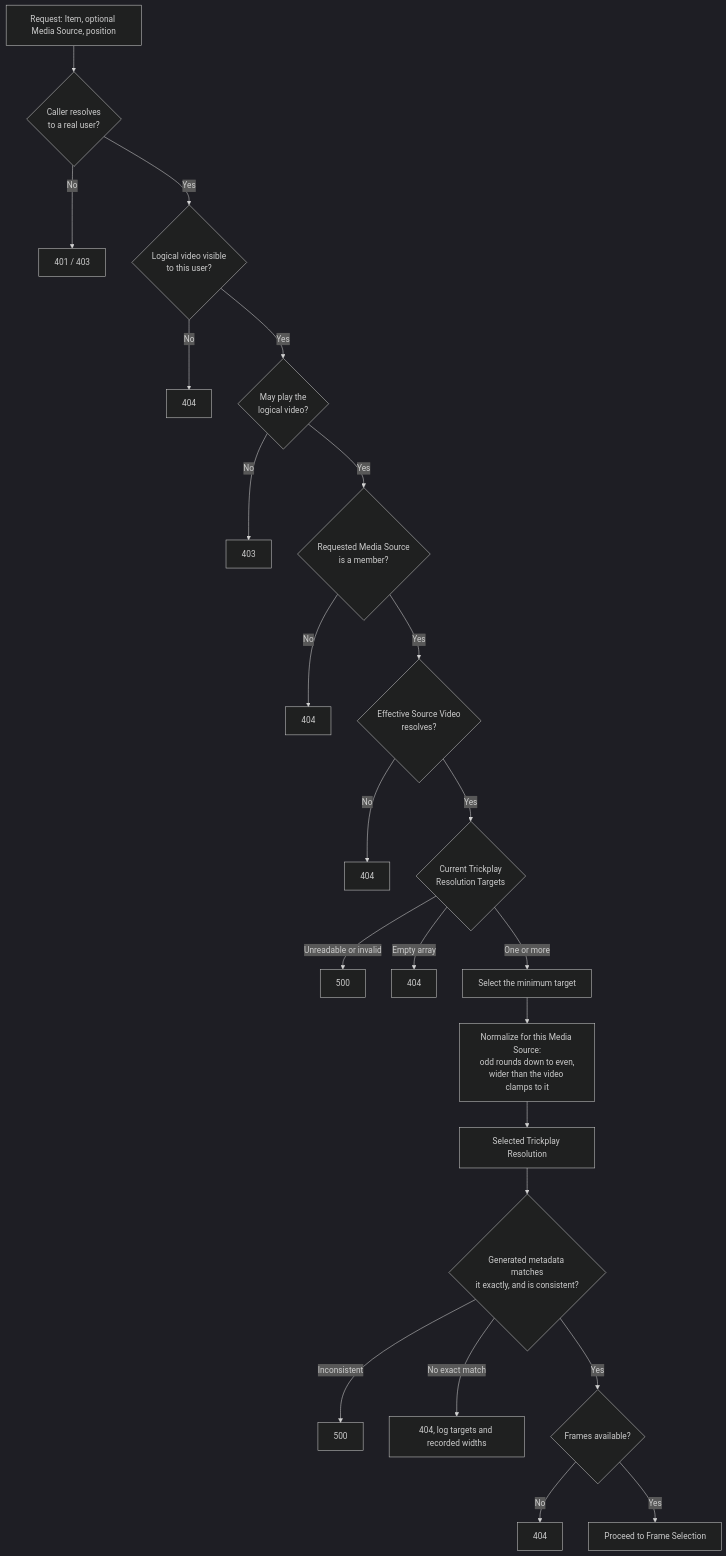
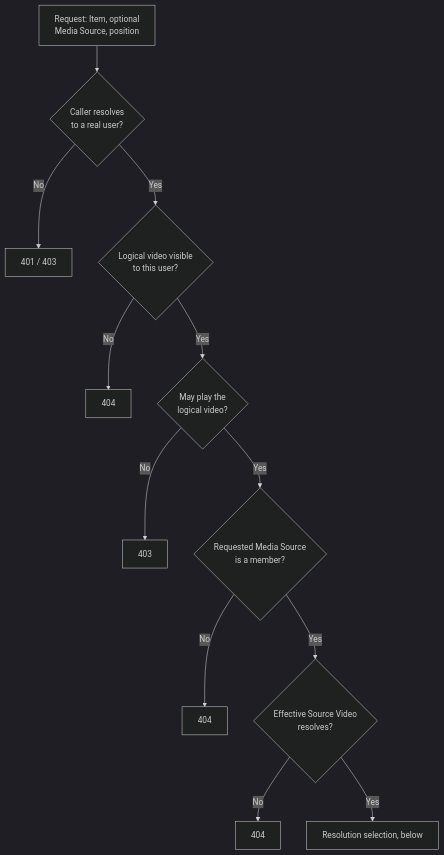
One commit to xiakeng/trickplay-cropper changed the first of 2 diagrams in prototypes/business-documentation-set/draft/source-resolution.md. Above: the diagram before and after it, drawn with Mermaid (dark theme). The commit also changed other lines of this file and 7 other files, not shown here.

First line of the commit message:
Fix diagram orientation and split deep views

````diff
--- a/prototypes/business-documentation-set/draft/source-resolution.md
+++ b/prototypes/business-documentation-set/draft/source-resolution.md
@@ -108,29 +110,14 @@
 ```mermaid
 flowchart TD
-    Start["Request: Item, optional Media Source, position"]
-
-    Start --> User{"Caller resolves<br/>to a real user?"}
-    User -->|"No"| Refuse401["401 / 403"]
+    Start["Request: Item, optional<br/>Media Source, position"] --> User{"Caller resolves<br/>to a real user?"}
+    User -->|"No"| A1["401 / 403"]
     User -->|"Yes"| Visible{"Logical video visible<br/>to this user?"}
-    Visible -->|"No"| Refuse404a["404"]
+    Visible -->|"No"| A2["404"]
     Visible -->|"Yes"| Play{"May play the<br/>logical video?"}
-    Play -->|"No"| Refuse403["403"]
+    Play -->|"No"| A3["403"]
     Play -->|"Yes"| Member{"Requested Media Source<br/>is a member?"}
-    Member -->|"No"| Refuse404b["404"]
+    Member -->|"No"| A4["404"]
     Member -->|"Yes"| Source{"Effective Source Video<br/>resolves?"}
-    Source -->|"No"| Refuse404c["404"]
-
-    Source -->|"Yes"| Targets{"Current Trickplay<br/>Resolution Targets"}
-    Targets -->|"Unreadable or invalid"| Fail500["500"]
-    Targets -->|"Empty array"| Refuse404d["404"]
-    Targets -->|"One or more"| Min["Select the minimum target"]
-
-    Min --> Normalize["Normalize for this Media Source:<br/>odd rounds down to even,<br/>wider than the video clamps to it"]
-    Normalize --> Selected["Selected Trickplay Resolution"]
-    Selected --> Match{"Generated metadata matches<br/>it exactly, and is consistent?"}
-    Match -->|"Inconsistent"| Fail500b["500"]
-    Match -->|"No exact match"| Refuse404e["404, log targets and recorded widths"]
-    Match -->|"Yes"| Frames{"Frames available?"}
-    Frames -->|"No"| Refuse404f["404"]
-    Frames -->|"Yes"| Done["Proceed to Frame Selection"]
+    Source -->|"No"| A5["404"]
+    Source -->|"Yes"| Next["Resolution selection, below"]
 ```
````
